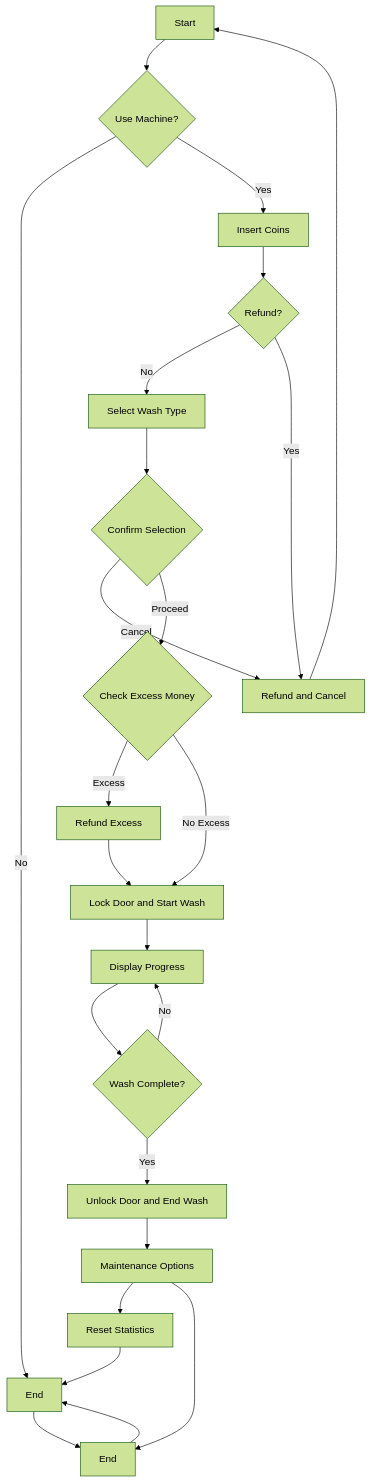
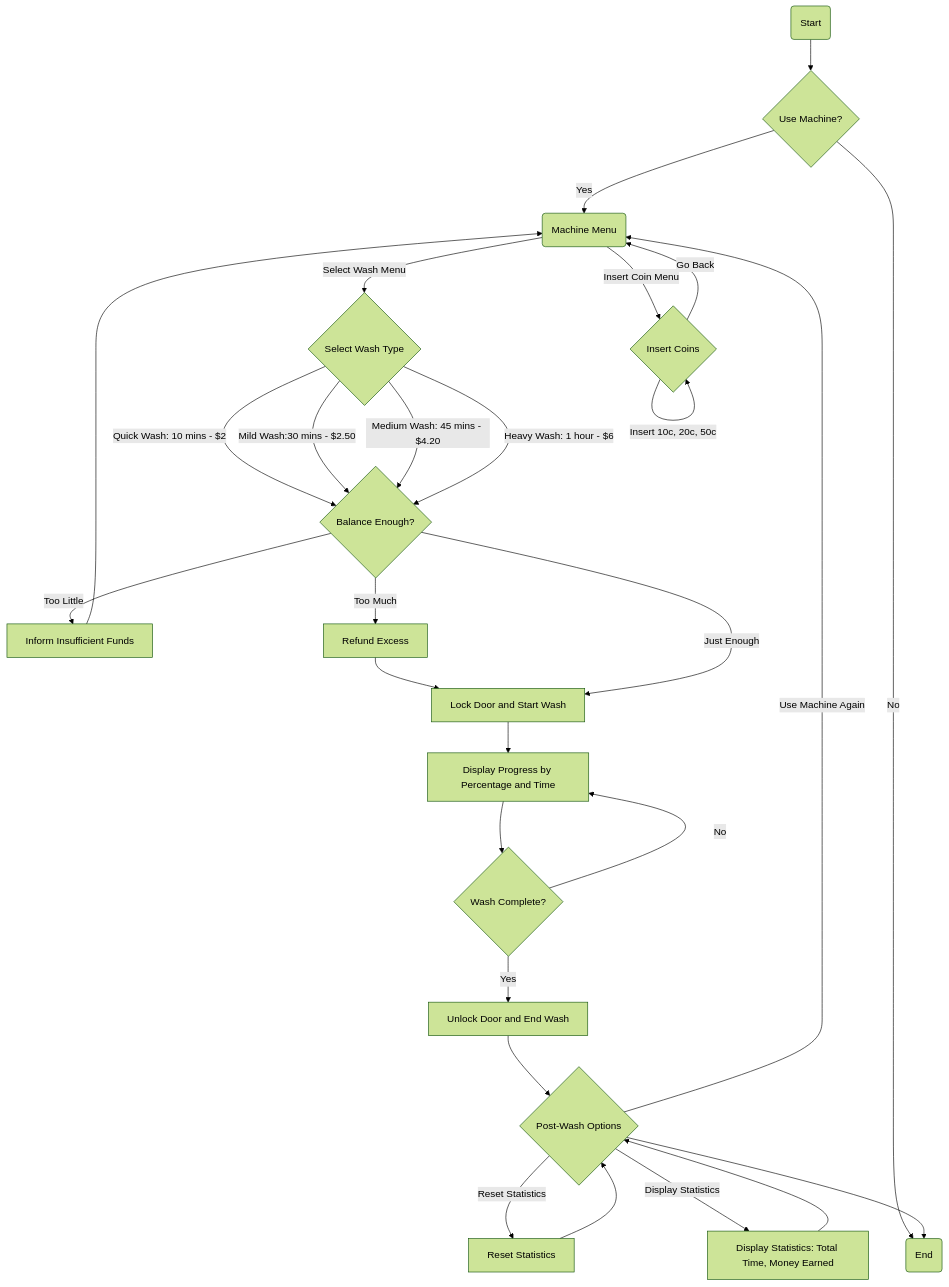
The diagram in flowchart.mmd (roycehoe/imda-tech-test), drawn with Mermaid (forest theme) before and after one commit.

Commit message:
feat: Finalize flow chart for app

```diff
--- a/flowchart.mmd
+++ b/flowchart.mmd
@@ -1,24 +1,34 @@
 flowchart TD
-    A[Start] --> B{Use Machine?}
-    B -->|No| Q[End]
-    B -->|Yes| C[Insert Coins]
-    C --> D{Refund?}
-    D -->|No| E[Select Wash Type]
-    D -->|Yes| F[Refund and Cancel]
-    F --> A
-    E --> G{Confirm Selection}
-    G -->|Cancel| F
-    G -->|Proceed| H{Check Excess Money}
-    H -->|Excess| I[Refund Excess]
-    H -->|No Excess| J[Lock Door and Start Wash]
-    I --> J
-    J --> K[Display Progress]
-    K --> L{Wash Complete?}
-    L -->|Yes| M[Unlock Door and End Wash]
-    L -->|No| K
-    M --> N[Maintenance Options]
-    N --> O[Reset Statistics]
-    N --> P[Display Statistics]
-    O --> Q[End]
-    P --> Q[End]
- --> P[End]
+    A(Start) --> B{Use Machine?}
+    B -->|No| End(End)
+    B -->|Yes| C(Machine Menu)
+    
+    C -->|Insert Coin Menu| E{Insert Coins}
+    C -->|Select Wash Menu| SW{Select Wash Type}
+    E -->|Insert 10c, 20c, 50c| E
+    E -->|Go Back| C
+    
+    SW -->|Quick Wash: 10 mins - $2| D
+    SW -->|Mild Wash:30 mins - $2.50| D
+    SW -->|Medium Wash: 45 mins - $4.20| D
+    SW -->|Heavy Wash: 1 hour - $6| D
+    
+    D{Balance Enough?}
+    D -->|Too Little| F[Inform Insufficient Funds]
+    F --> C
+    D -->|Too Much| G[Refund Excess]
+    G --> H[Execute Wash]
+    D -->|Just Enough| H[Lock Door and Start Wash]
+    
+    H --> I[Display Progress by Percentage and Time]
+    I --> J{Wash Complete?}
+    J -->|Yes| K[Unlock Door and End Wash]
+    J -->|No| I
+    
+    K --> L{Post-Wash Options}
+    L -->|Display Statistics| M[Display Statistics: Total Time, Money Earned]
+    L -->|Reset Statistics| N[Reset Statistics]
+    L -->|Use Machine Again| C
+    M --> L
+    N --> L
+    L --> End(End)
```
